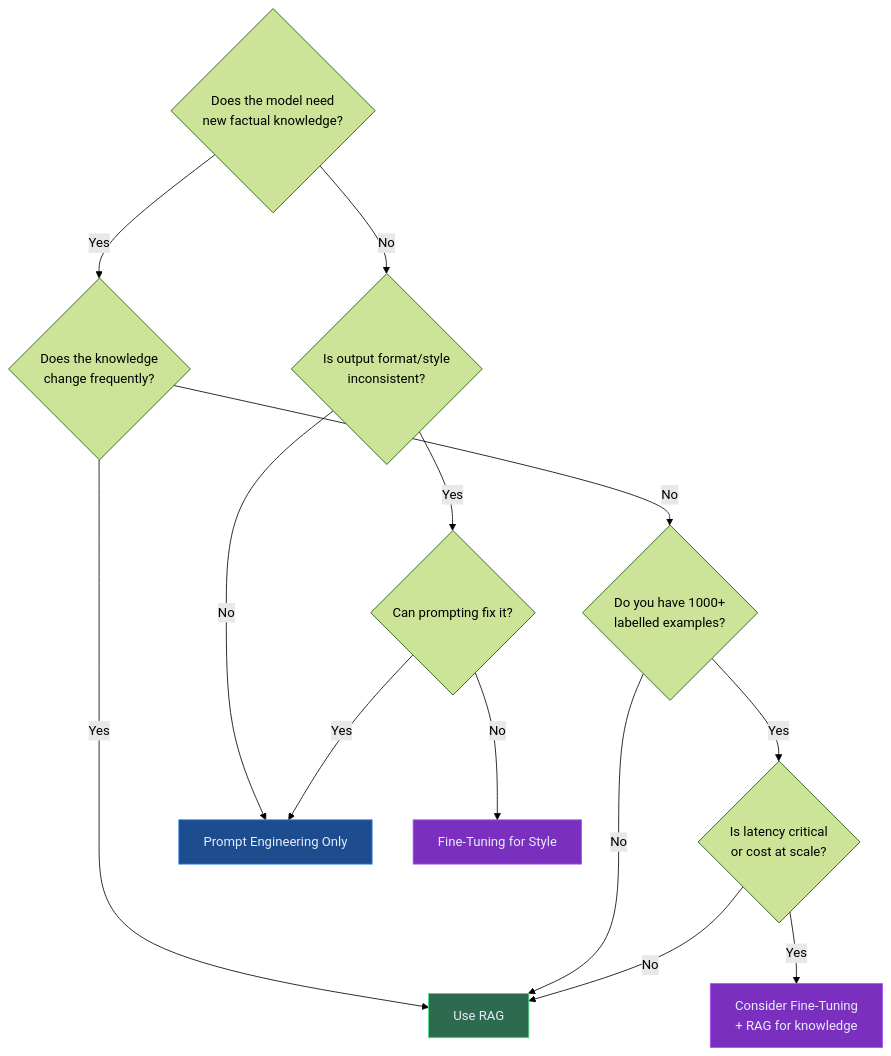
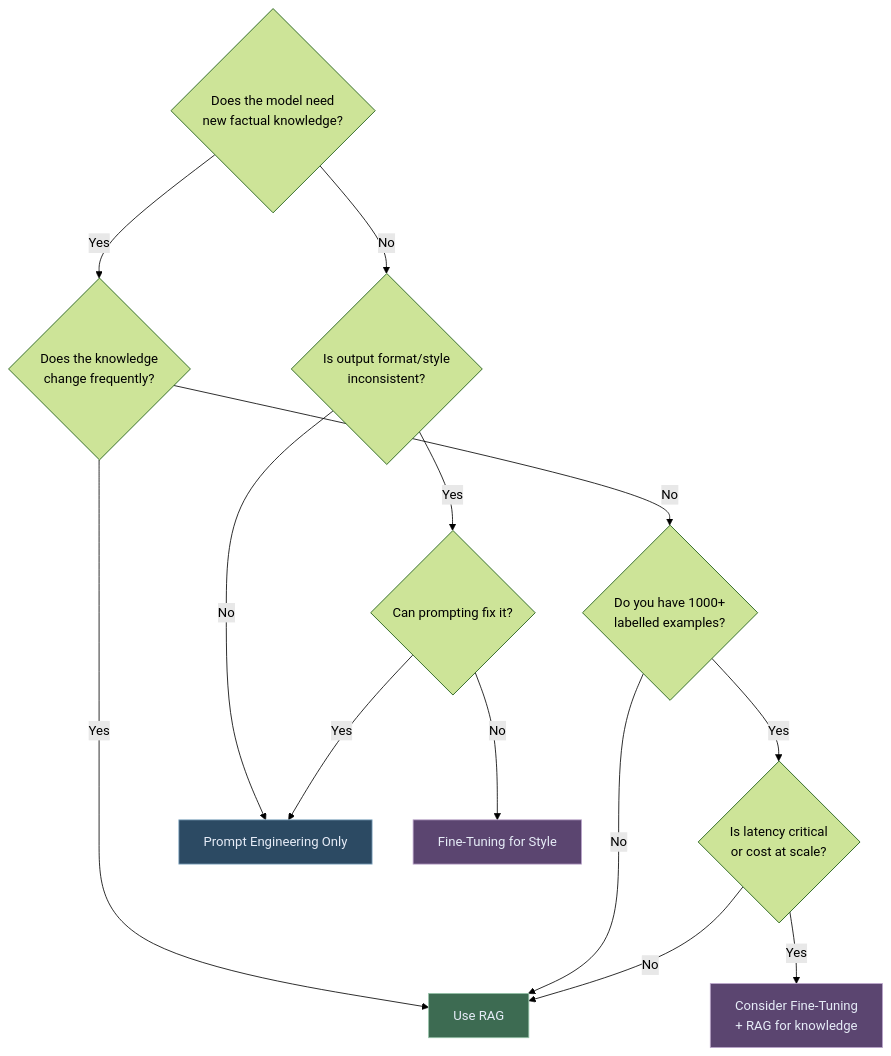
The fifth of 6 diagrams in blog/fine-tuning-vs-rag-vs-prompting.md (lorvexai/lorvexai), drawn with Mermaid (forest theme) before and after one commit. The commit also changed other lines of this file and 16 other files, not shown here.

First line of the commit message:
Retune hardcoded Mermaid node colors to match the site palette

````diff
--- a/blog/fine-tuning-vs-rag-vs-prompting.md
+++ b/blog/fine-tuning-vs-rag-vs-prompting.md
@@ -192,25 +192,25 @@
 ```mermaid
 flowchart TD
     A{Does the model need\nnew factual knowledge?} -->|Yes| B{Does the knowledge\nchange frequently?}
     A -->|No| C{Is output format/style\ninconsistent?}
 
     B -->|Yes| RAG[Use RAG]
     B -->|No| D{Do you have 1000+\nlabelled examples?}
 
     D -->|Yes| E{Is latency critical\nor cost at scale?}
     D -->|No| RAG
 
     E -->|Yes| FT[Consider Fine-Tuning\n+ RAG for knowledge]
     E -->|No| RAG
 
     C -->|Yes| F{Can prompting fix it?}
     C -->|No| PE[Prompt Engineering Only]
 
     F -->|Yes| PE
     F -->|No| FT2[Fine-Tuning for Style]
 
-    style RAG fill:#2D6A4F,stroke:#4ade80,color:#E6ECF7
-    style FT fill:#7B2FBE,stroke:#a855f7,color:#E6ECF7
-    style FT2 fill:#7B2FBE,stroke:#a855f7,color:#E6ECF7
-    style PE fill:#1D4C8F,stroke:#2F80ED,color:#E6ECF7
+    style RAG fill:#3D6B52,stroke:#95C2A8,color:#E6ECF7
+    style FT fill:#5B4570,stroke:#BCA6CC,color:#E6ECF7
+    style FT2 fill:#5B4570,stroke:#BCA6CC,color:#E6ECF7
+    style PE fill:#2C4A63,stroke:#8FB2CC,color:#E6ECF7
 ```
````
